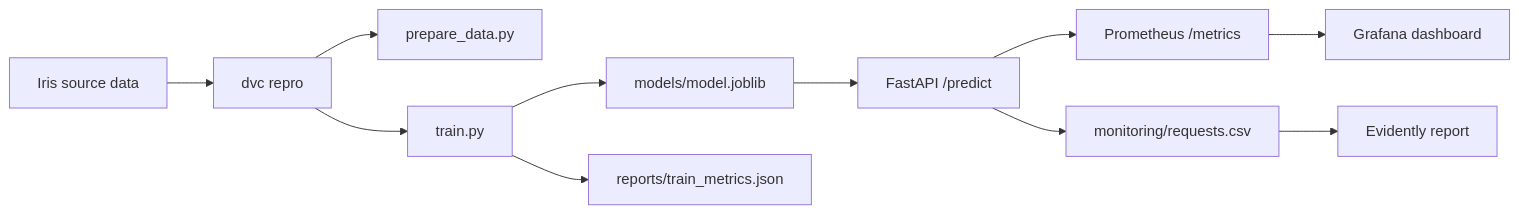
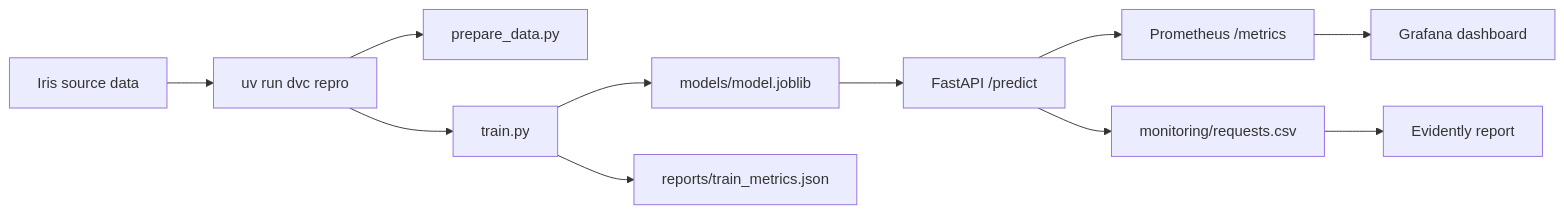
One commit to bootcampyoussef/mle-mlops-project changed the diagram in solution/README.md. Above: the diagram before and after it, drawn with Mermaid. The commit also changed other lines of this file and 25 other files, not shown here.

````diff
--- a/solution/README.md
+++ b/solution/README.md
@@ -23,13 +15,13 @@
 ```mermaid
 flowchart LR
-  A["Iris source data"] --> B["dvc repro"]
+  A["Iris source data"] --> B["uv run dvc repro"]
   B --> C["prepare_data.py"]
   B --> D["train.py"]
   D --> E["models/model.joblib"]
   D --> F["reports/train_metrics.json"]
   E --> G["FastAPI /predict"]
   G --> H["Prometheus /metrics"]
   H --> I["Grafana dashboard"]
   G --> J["monitoring/requests.csv"]
   J --> K["Evidently report"]
 ```
````
